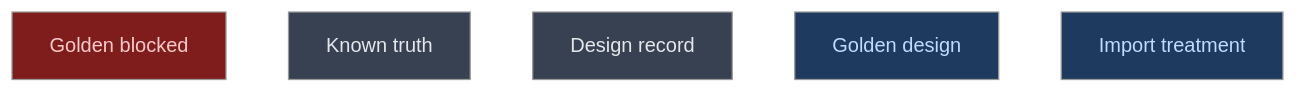
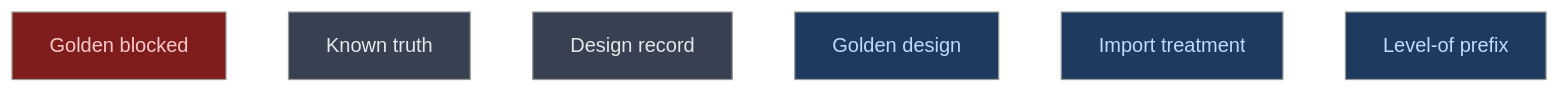
Before and after one commit to CrackingShells/Candler: the diagram in __roadmap__/m6a-paired-stats/resolve/wired/proven/README.md, drawn with Mermaid (neutral theme). The commit also changed other lines of this file and 2 other files, not shown here.

Commit message:
rdm(stats): add level_of_prefix for the unreachable branch (A13)
golden_design found that check_factors refuses the prefix factors
level_of's object branch would read, so the branch is dead behind it.
The coordinator ruled a small leaf to confirm the callers and delete
it, and to state the pair orientation in R01.

````diff
--- a/__roadmap__/m6a-paired-stats/resolve/wired/proven/README.md
+++ b/__roadmap__/m6a-paired-stats/resolve/wired/proven/README.md
@@ -21,13 +21,14 @@
 ```mermaid
 graph TD
     golden_blocked[Golden blocked]:::blocked
     known_truth[Known truth]:::planned
     design_record[Design record]:::planned
     golden_design[Golden design]:::amendment
     import_treatment[Import treatment]:::amendment
+    level_of_prefix[Level-of prefix]:::amendment
     classDef done       fill:#166534,color:#bbf7d0
     classDef inprogress fill:#854d0e,color:#fef08a
     classDef planned    fill:#374151,color:#e5e7eb
     classDef amendment  fill:#1e3a5f,color:#bfdbfe
     classDef blocked    fill:#7f1d1d,color:#fecaca
 ```
````
